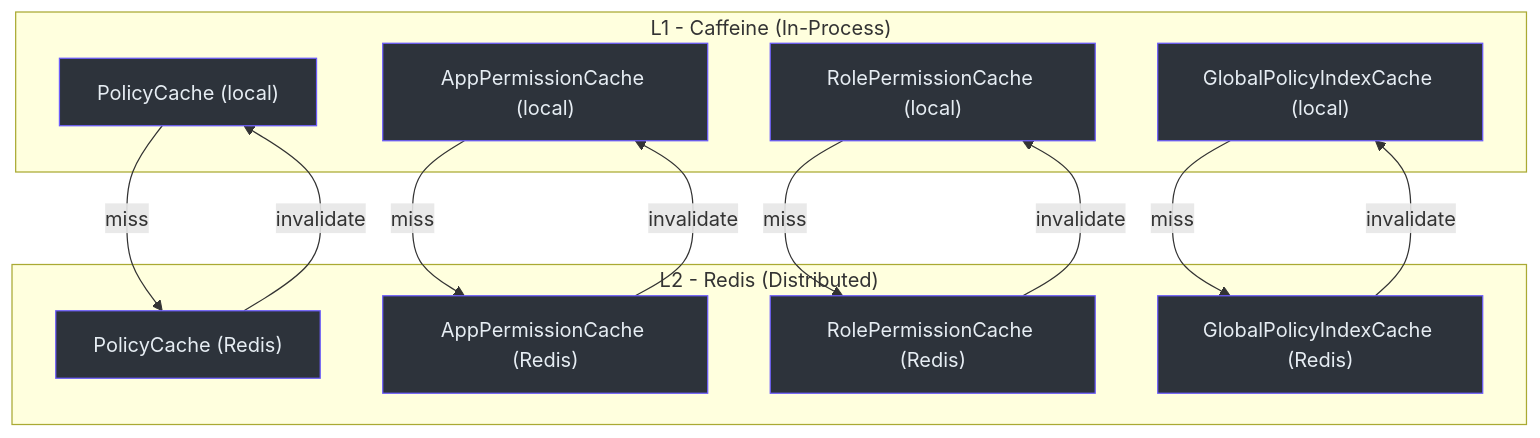
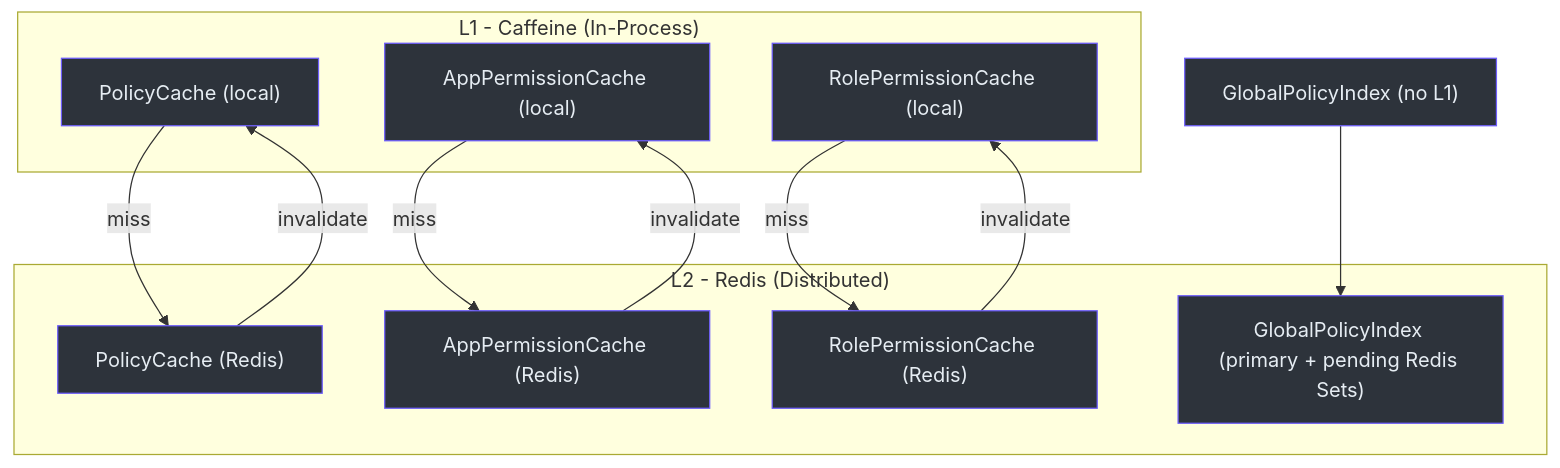
Before and after one commit to Ahoo-Wang/CoSec: the fourth of 4 diagrams in wiki/deep-dive/integrations/redis-caching.md, drawn with Mermaid. The commit also changed other lines of this file and 43 other files, not shown here.

````diff
--- a/wiki/deep-dive/integrations/redis-caching.md
+++ b/wiki/deep-dive/integrations/redis-caching.md
@@ -142,33 +144,31 @@
 ```mermaid
 graph TD
     subgraph "L1 - Caffeine (In-Process)"
         A["PolicyCache (local)"]
         B["AppPermissionCache (local)"]
         C["RolePermissionCache (local)"]
-        D["GlobalPolicyIndexCache (local)"]
     end
     subgraph "L2 - Redis (Distributed)"
         E["PolicyCache (Redis)"]
         F["AppPermissionCache (Redis)"]
         G["RolePermissionCache (Redis)"]
-        H["GlobalPolicyIndexCache (Redis)"]
+        H["GlobalPolicyIndex (primary + pending Redis Sets)"]
     end
+    D["GlobalPolicyIndex (no L1)"] --> H
     A -->|miss| E
     B -->|miss| F
     C -->|miss| G
-    D -->|miss| H
     E -->|invalidate| A
     F -->|invalidate| B
     G -->|invalidate| C
-    H -->|invalidate| D
 
     style A fill:#2d333b,stroke:#6d5dfc,color:#e6edf3
     style B fill:#2d333b,stroke:#6d5dfc,color:#e6edf3
     style C fill:#2d333b,stroke:#6d5dfc,color:#e6edf3
     style D fill:#2d333b,stroke:#6d5dfc,color:#e6edf3
     style E fill:#2d333b,stroke:#6d5dfc,color:#e6edf3
     style F fill:#2d333b,stroke:#6d5dfc,color:#e6edf3
     style G fill:#2d333b,stroke:#6d5dfc,color:#e6edf3
     style H fill:#2d333b,stroke:#6d5dfc,color:#e6edf3
 
 ```
````
